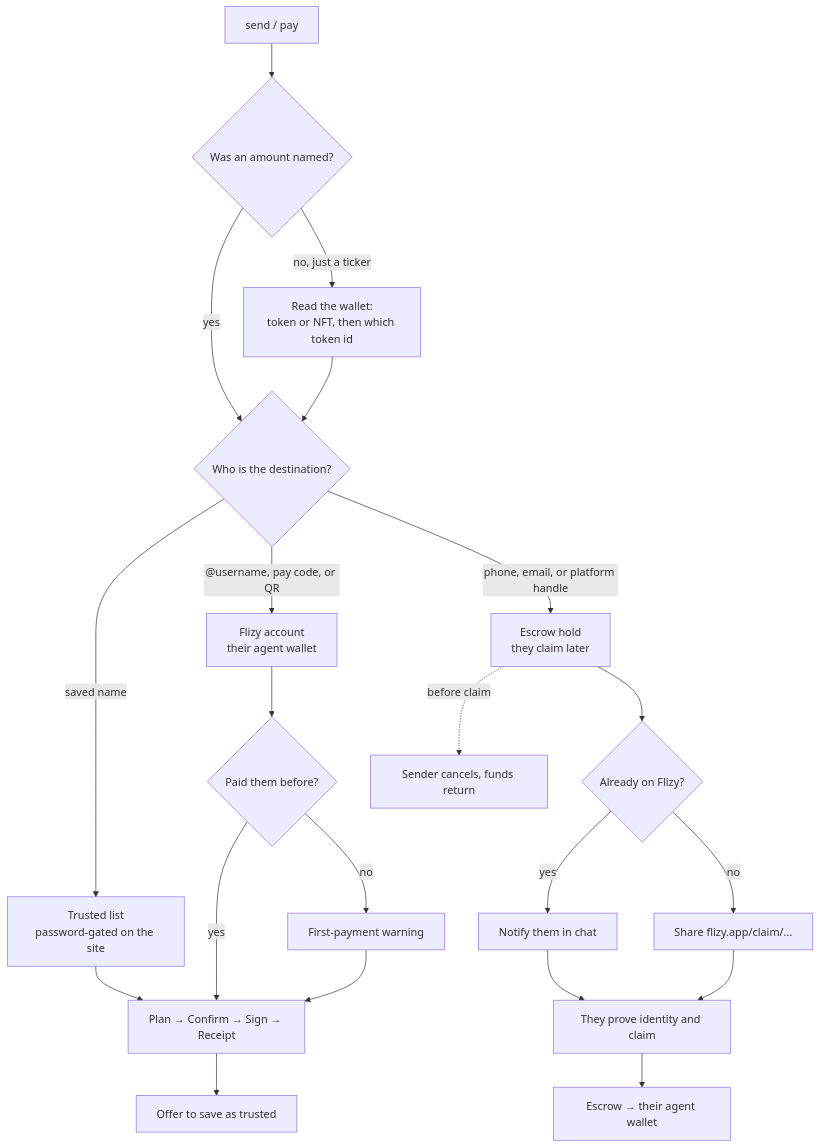
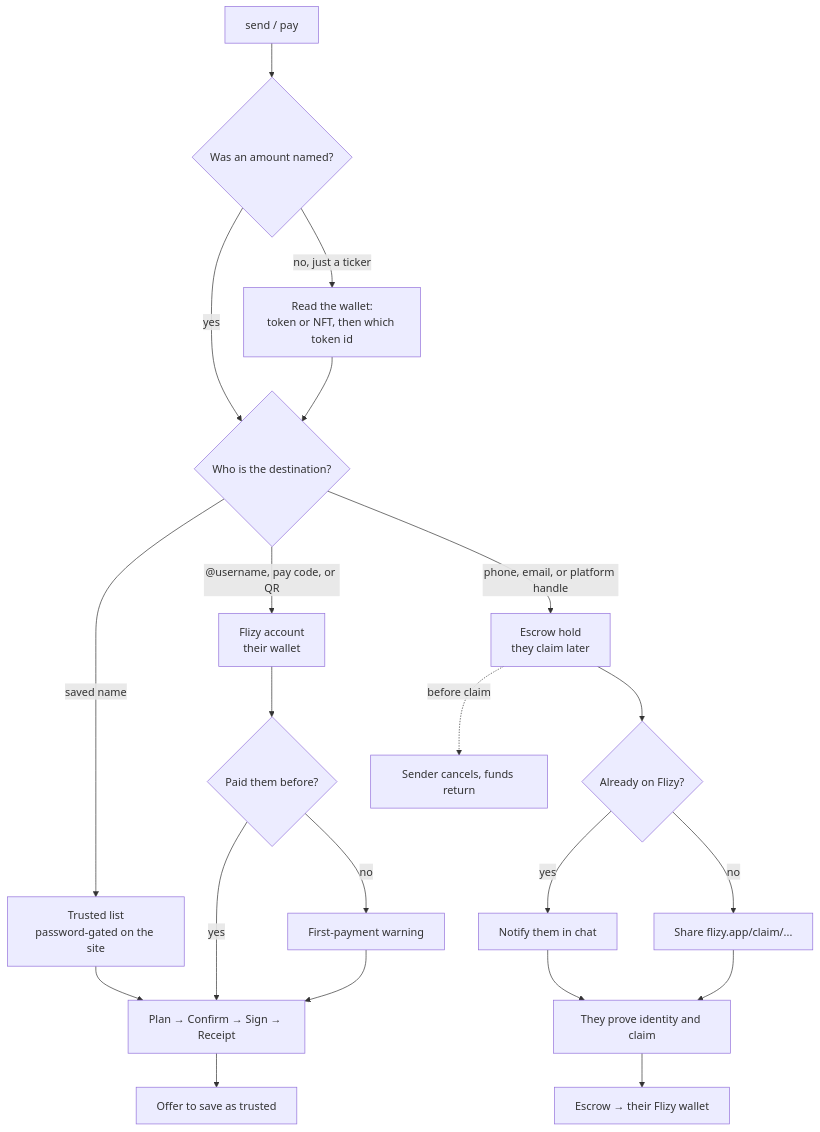
The second of 4 diagrams in README.md (rudazy/flizy), drawn with Mermaid before and after one commit. The commit also changed other lines of this file and 28 other files, not shown here.

````diff
--- a/README.md
+++ b/README.md
@@ -97,26 +97,26 @@
 ```mermaid
 flowchart TB
   START["send / pay"] --> WHAT{Was an amount named?}
   WHAT -->|yes| KIND{Who is the destination?}
   WHAT -->|"no, just a ticker"| READ["Read the wallet:<br/>token or NFT, then which token id"]
   READ --> KIND
 
   KIND -->|"saved name"| TRUST["Trusted list<br/>password-gated on the site"]
-  KIND -->|"@username, pay code, or QR"| ID["Flizy account<br/>their agent wallet"]
+  KIND -->|"@username, pay code, or QR"| ID["Flizy account<br/>their wallet"]
   KIND -->|"phone, email, or platform handle"| HOLD["Escrow hold<br/>they claim later"]
 
   TRUST --> SPINE["Plan → Confirm → Sign → Receipt"]
   ID --> FIRST{Paid them before?}
   FIRST -->|no| WARN["First-payment warning"]
   FIRST -->|yes| SPINE
   WARN --> SPINE
   SPINE --> SAVE["Offer to save as trusted"]
 
   HOLD --> ON{Already on Flizy?}
   ON -->|yes| NOTE["Notify them in chat"]
   ON -->|no| LINK["Share flizy.app/claim/..."]
   NOTE --> CLAIM["They prove identity and claim"]
   LINK --> CLAIM
-  CLAIM --> PAY["Escrow → their agent wallet"]
+  CLAIM --> PAY["Escrow → their Flizy wallet"]
   HOLD -.->|before claim| CANCEL["Sender cancels, funds return"]
 ```
````
